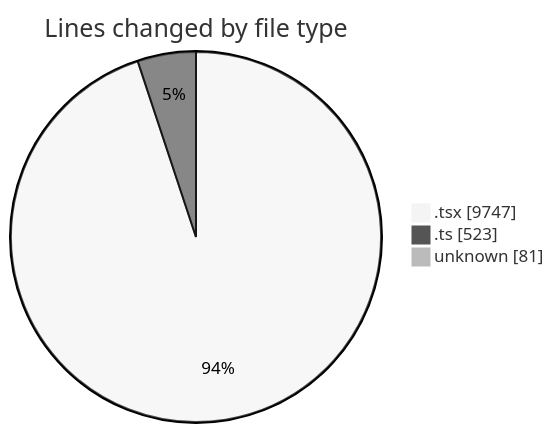
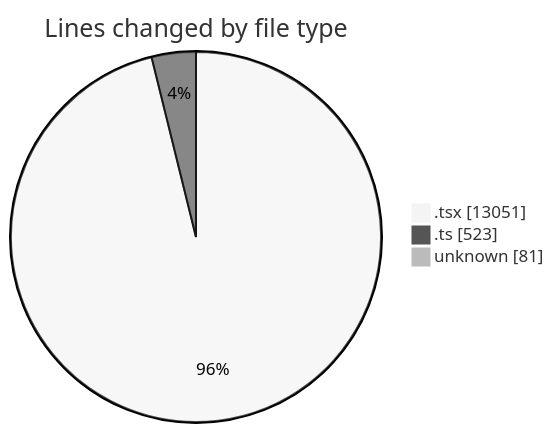
One commit to nxtqubesakshisongat/code-tracking changed the first of 2 diagrams in 2026-04-05/nxtqube_webapp/README.md. Above: the diagram before and after it, drawn with Mermaid (neutral theme). The commit also changed other lines of this file and 1 other file, not shown here.

````diff
--- a/2026-04-05/nxtqube_webapp/README.md
+++ b/2026-04-05/nxtqube_webapp/README.md
@@ -27,7 +27,7 @@
 ```mermaid
 pie showData
 title Lines changed by file type
-".tsx" : 9747
+".tsx" : 13051
 ".ts" : 523
 "unknown" : 81
 ```
````
